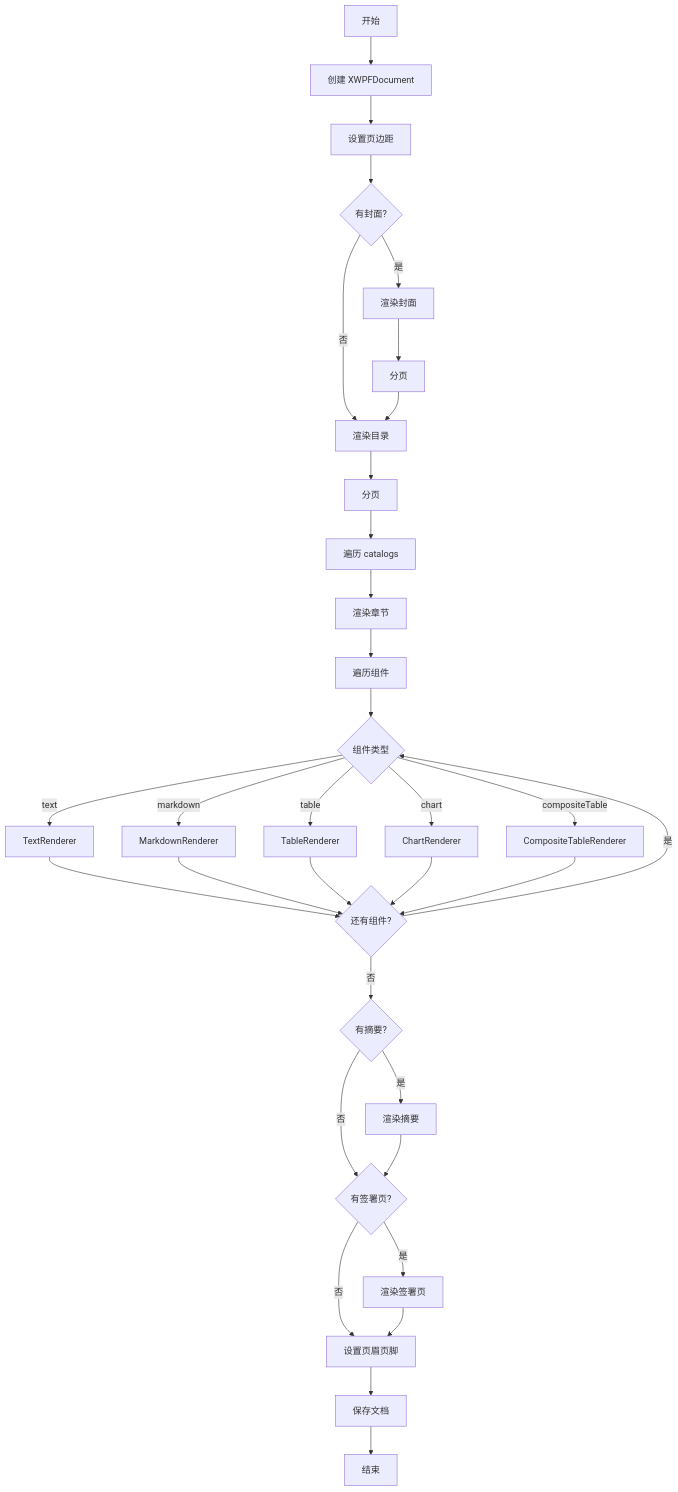
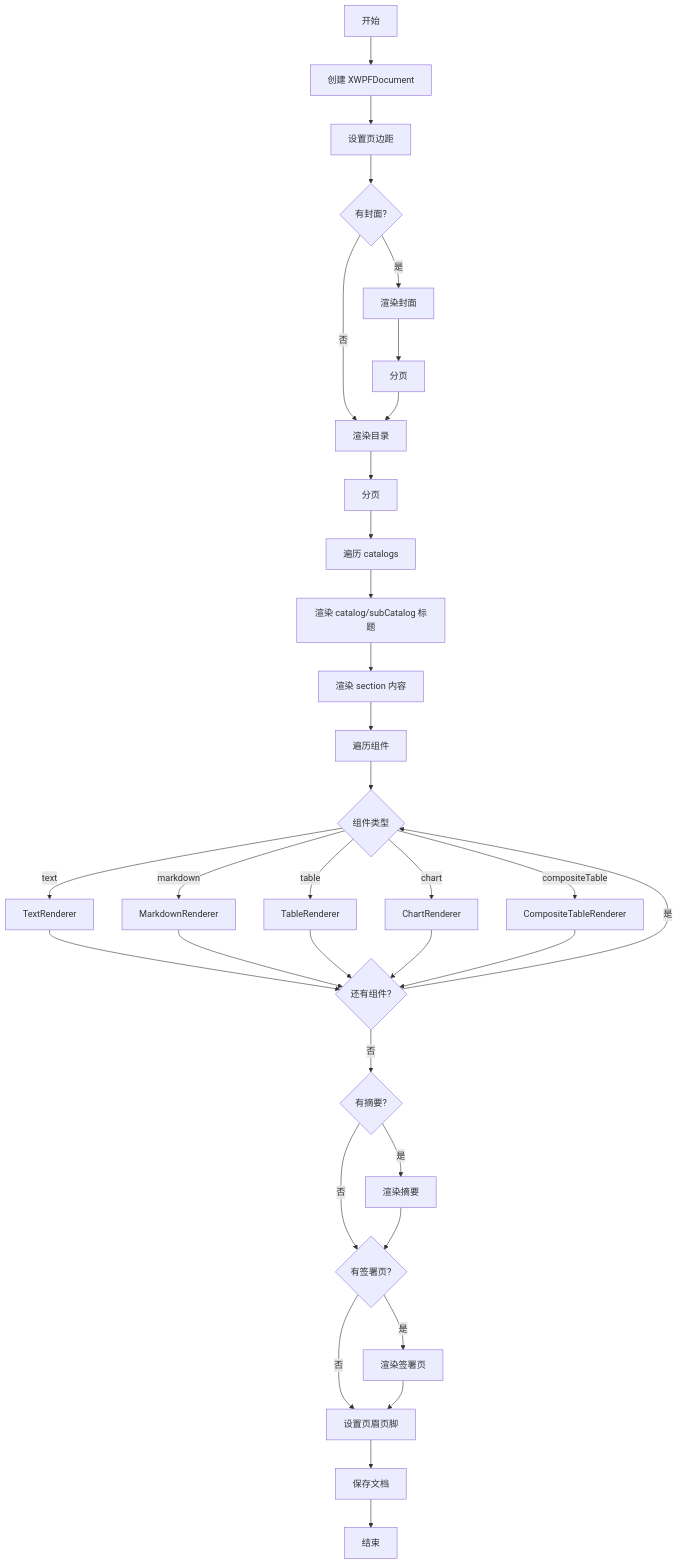
The second of 3 diagrams in design/report_system/implementation/报告导出POI转换实现.md (shel447/ReportSystem), drawn with Mermaid before and after one commit. The commit also changed other lines of this file and 7 other files, not shown here.

````diff
--- a/design/report_system/implementation/报告导出POI转换实现.md
+++ b/design/report_system/implementation/报告导出POI转换实现.md
@@ -173,31 +173,32 @@
 ```mermaid
 flowchart TB
     START[开始] --> INIT[创建 XWPFDocument]
     INIT --> MARGINS[设置页边距]
     MARGINS --> COVER{有封面?}
     COVER -->|是| RENDER_COVER[渲染封面]
     RENDER_COVER --> PAGE_BREAK_1[分页]
     COVER -->|否| TOC
     PAGE_BREAK_1 --> TOC[渲染目录]
     TOC --> PAGE_BREAK_2[分页]
     PAGE_BREAK_2 --> CATALOGS[遍历 catalogs]
-    CATALOGS --> SECTION[渲染章节]
-    SECTION --> COMPONENTS[遍历组件]
+    CATALOGS --> CATALOG_TITLE[渲染 catalog/subCatalog 标题]
+    CATALOG_TITLE --> SECTION_CONTENT[渲染 section 内容]
+    SECTION_CONTENT --> COMPONENTS[遍历组件]
     COMPONENTS --> SWITCH{组件类型}
     SWITCH -->|text| TEXT[TextRenderer]
     SWITCH -->|markdown| MD[MarkdownRenderer]
     SWITCH -->|table| TABLE[TableRenderer]
     SWITCH -->|chart| CHART[ChartRenderer]
     SWITCH -->|compositeTable| COMP[CompositeTableRenderer]
     TEXT & MD & TABLE & CHART & COMP --> MORE{还有组件?}
     MORE -->|是| SWITCH
     MORE -->|否| SUMMARY{有摘要?}
     SUMMARY -->|是| RENDER_SUMMARY[渲染摘要]
     SUMMARY -->|否| SIG
     RENDER_SUMMARY --> SIG{有签署页?}
     SIG -->|是| RENDER_SIG[渲染签署页]
     SIG -->|否| HF
     RENDER_SIG --> HF[设置页眉页脚]
     HF --> SAVE[保存文档]
     SAVE --> END[结束]
 ```
````
